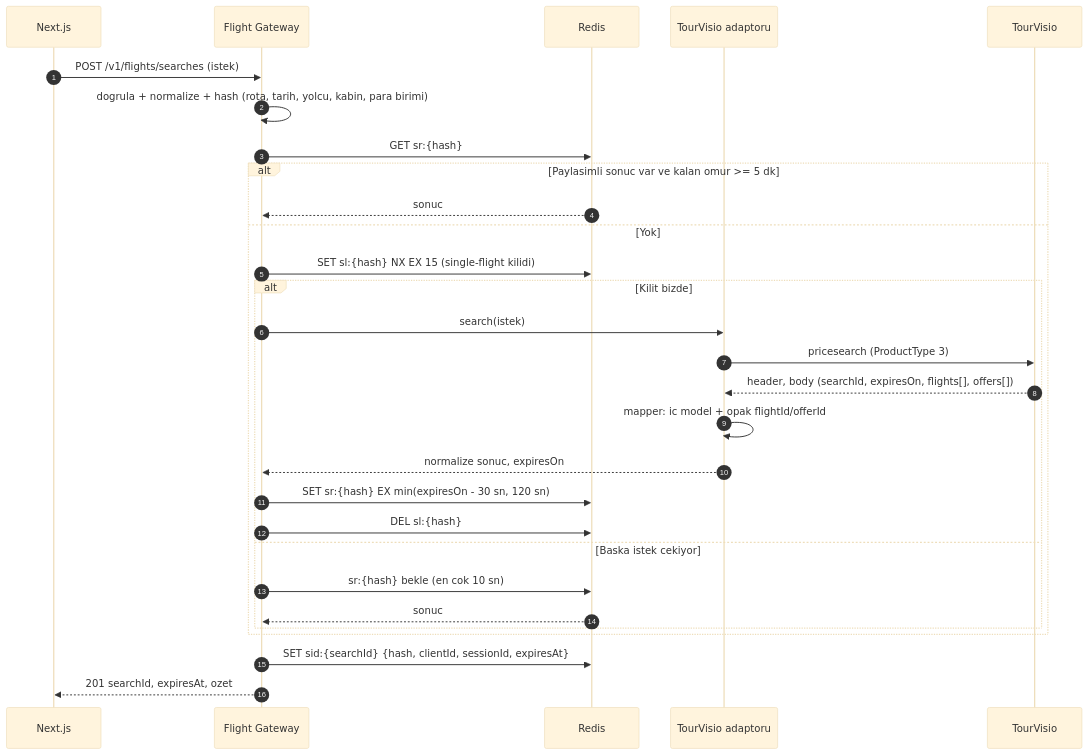
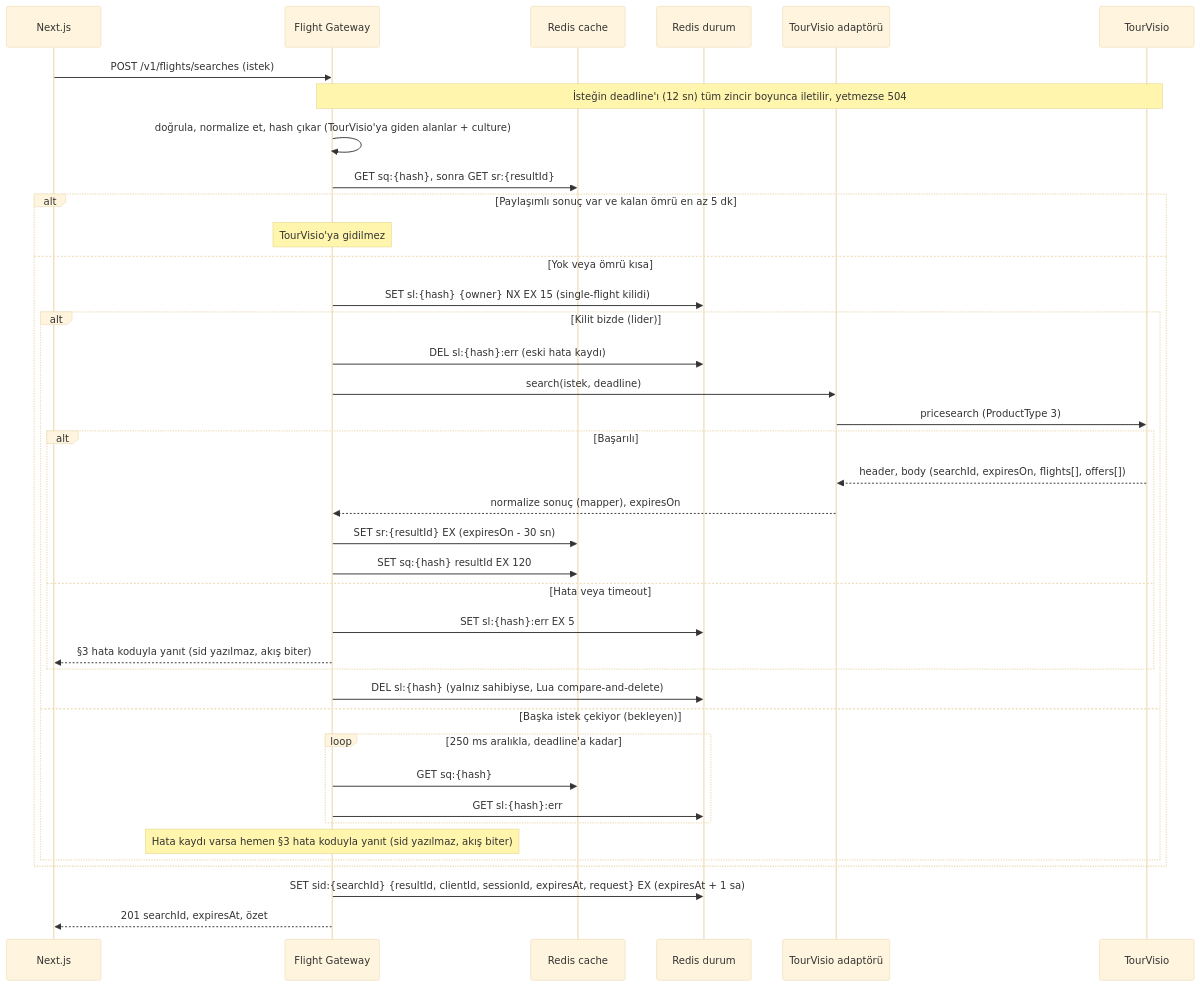
One commit to cihantaylan/tourvisio-mimari-plan changed the fifth of 7 diagrams in README.md. Above: the diagram before and after it, drawn with Mermaid (base theme). The commit also changed other lines of this file and 41 other files, not shown here.

````diff
--- a/README.md
+++ b/README.md
@@ -265,32 +358,41 @@
 ```mermaid
 sequenceDiagram
-    autonumber
     participant N as Next.js
     participant G as Flight Gateway
-    participant R as Redis
-    participant A as TourVisio adaptoru
+    participant C as Redis cache
+    participant S as Redis durum
+    participant A as TourVisio adaptörü
     participant T as TourVisio
-
     N->>G: POST /v1/flights/searches (istek)
-    G->>G: dogrula + normalize + hash (rota, tarih, yolcu, kabin, para birimi)
-    G->>R: GET sr:{hash}
-    alt Paylasimli sonuc var ve kalan omur >= 5 dk
-      R-->>G: sonuc
-    else Yok
-      G->>R: SET sl:{hash} NX EX 15 (single-flight kilidi)
-      alt Kilit bizde
-        G->>A: search(istek)
+    Note over G,T: İsteğin deadline'ı (12 sn) tüm zincir boyunca iletilir, yetmezse 504
+    G->>G: doğrula, normalize et, hash çıkar (TourVisio'ya giden alanlar + culture)
+    G->>C: GET sq:{hash}, sonra GET sr:{resultId}
+    alt Paylaşımlı sonuç var ve kalan ömrü en az 5 dk
+      Note over G: TourVisio'ya gidilmez
+    else Yok veya ömrü kısa
+      G->>S: SET sl:{hash} {owner} NX EX 15 (single-flight kilidi)
+      alt Kilit bizde (lider)
+        G->>S: DEL sl:{hash}:err (eski hata kaydı)
+        G->>A: search(istek, deadline)
         A->>T: pricesearch (ProductType 3)
-        T-->>A: header, body (searchId, expiresOn, flights[], offers[])
-        A->>A: mapper: ic model + opak flightId/offerId
-        A-->>G: normalize sonuc, expiresOn
-        G->>R: SET sr:{hash} EX min(expiresOn - 30 sn, 120 sn)
-        G->>R: DEL sl:{hash}
-      else Baska istek cekiyor
-        G->>R: sr:{hash} bekle (en cok 10 sn)
-        R-->>G: sonuc
+        alt Başarılı
+          T-->>A: header, body (searchId, expiresOn, flights[], offers[])
+          A-->>G: normalize sonuç (mapper), expiresOn
+          G->>C: SET sr:{resultId} EX (expiresOn - 30 sn)
+          G->>C: SET sq:{hash} resultId EX 120
+        else Hata veya timeout
+          G->>S: SET sl:{hash}:err EX 5
+          G-->>N: §3 hata koduyla yanıt (sid yazılmaz, akış biter)
+        end
+        G->>S: DEL sl:{hash} (yalnız sahibiyse, Lua compare-and-delete)
+      else Başka istek çekiyor (bekleyen)
+        loop 250 ms aralıkla, deadline'a kadar
+          G->>C: GET sq:{hash}
+          G->>S: GET sl:{hash}:err
+        end
+        Note over G: Hata kaydı varsa hemen §3 hata koduyla yanıt (sid yazılmaz, akış biter)
       end
     end
-    G->>R: SET sid:{searchId} {hash, clientId, sessionId, expiresAt}
-    G-->>N: 201 searchId, expiresAt, ozet
+    G->>S: SET sid:{searchId} {resultId, clientId, sessionId, expiresAt, request} EX (expiresAt + 1 sa)
+    G-->>N: 201 searchId, expiresAt, özet
 ```
````
